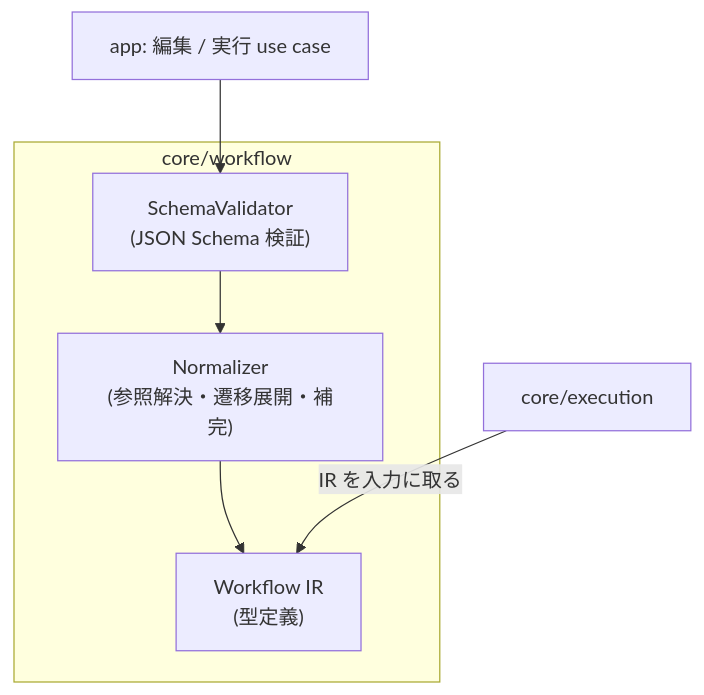
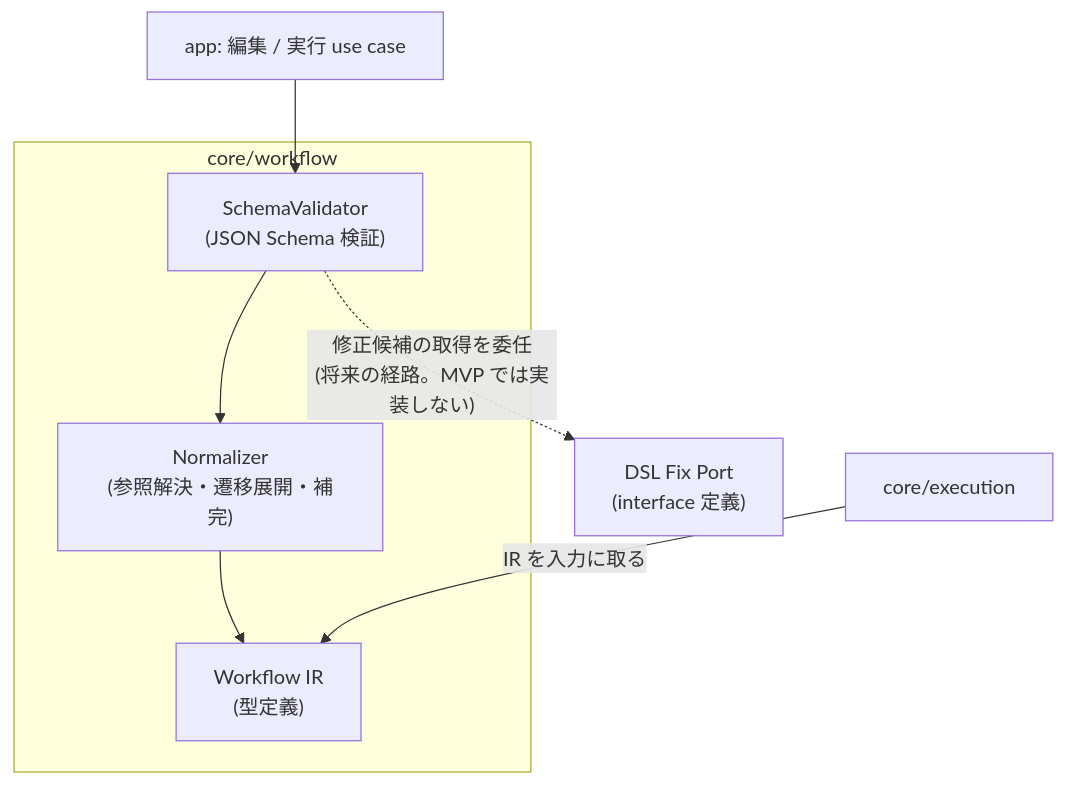
Before and after one commit to Fukuemon/screen-contract: the second of 3 diagrams in design/features/workflow-dsl/DesignDoc_workflow-dsl.md, drawn with Mermaid. The commit also changed other lines of this file and 16 other files, not shown here.

````diff
--- a/design/features/workflow-dsl/DesignDoc_workflow-dsl.md
+++ b/design/features/workflow-dsl/DesignDoc_workflow-dsl.md
@@ -240,12 +281,14 @@
 ```mermaid
 flowchart TD
     subgraph core/workflow
         schema["SchemaValidator<br/>(JSON Schema 検証)"]
         norm["Normalizer<br/>(参照解決・遷移展開・補完)"]
         ir["Workflow IR<br/>(型定義)"]
     end
     appuc["app: 編集 / 実行 use case"] --> schema
     schema --> norm
     norm --> ir
     exec["core/execution"] -- IR を入力に取る --> ir
+    fix["DSL Fix Port<br/>(interface 定義)"]
+    schema -. "修正候補の取得を委任<br/>(将来の経路。MVP では実装しない)" .-> fix
 ```
````
